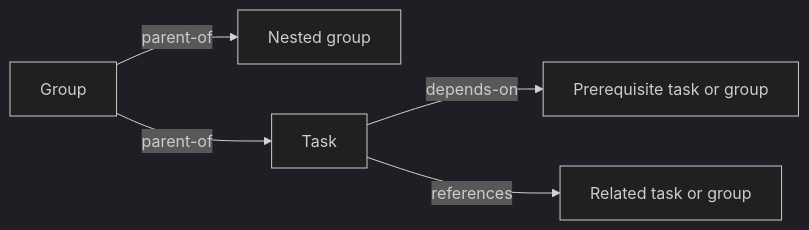
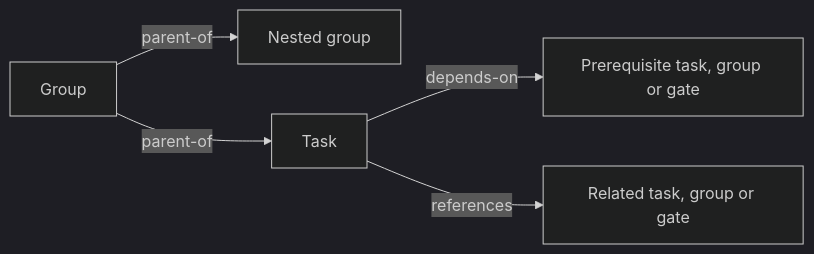
The diagram in extensions/work/README.md (codethread/botlake), drawn with Mermaid (dark theme) before and after one commit. The commit also changed other lines of this file and 6 other files, not shown here.

````diff
--- a/extensions/work/README.md
+++ b/extensions/work/README.md
@@ -26,7 +37,7 @@
 ```mermaid
 flowchart LR
   ParentGroup["Group"] -- "parent-of" --> ChildGroup["Nested group"]
   ParentGroup -- "parent-of" --> TaskNode["Task"]
-  TaskNode -- "depends-on" --> Prerequisite["Prerequisite task or group"]
-  TaskNode -- references --> Related["Related task or group"]
+  TaskNode -- "depends-on" --> Prerequisite["Prerequisite task, group or gate"]
+  TaskNode -- references --> Related["Related task, group or gate"]
 ```
````
